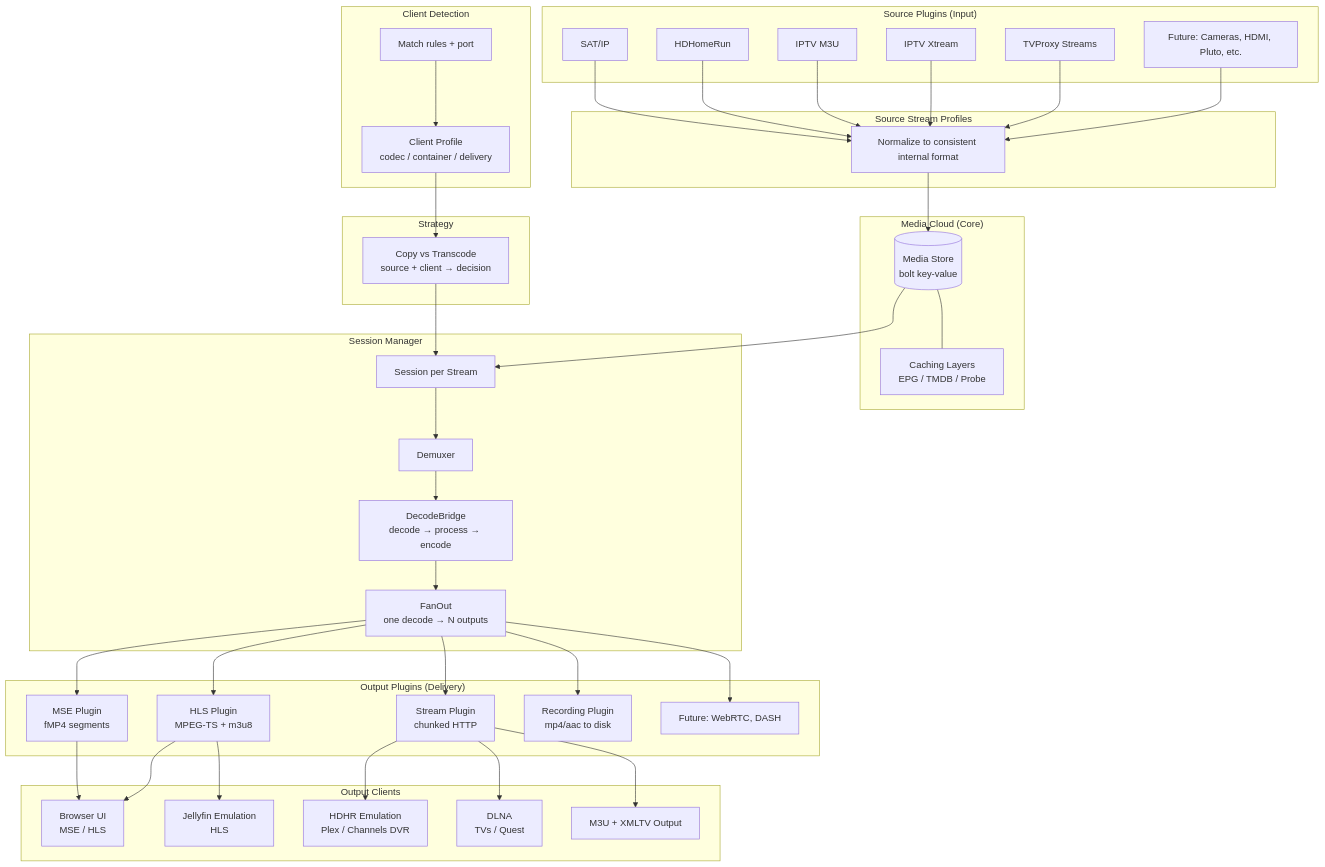
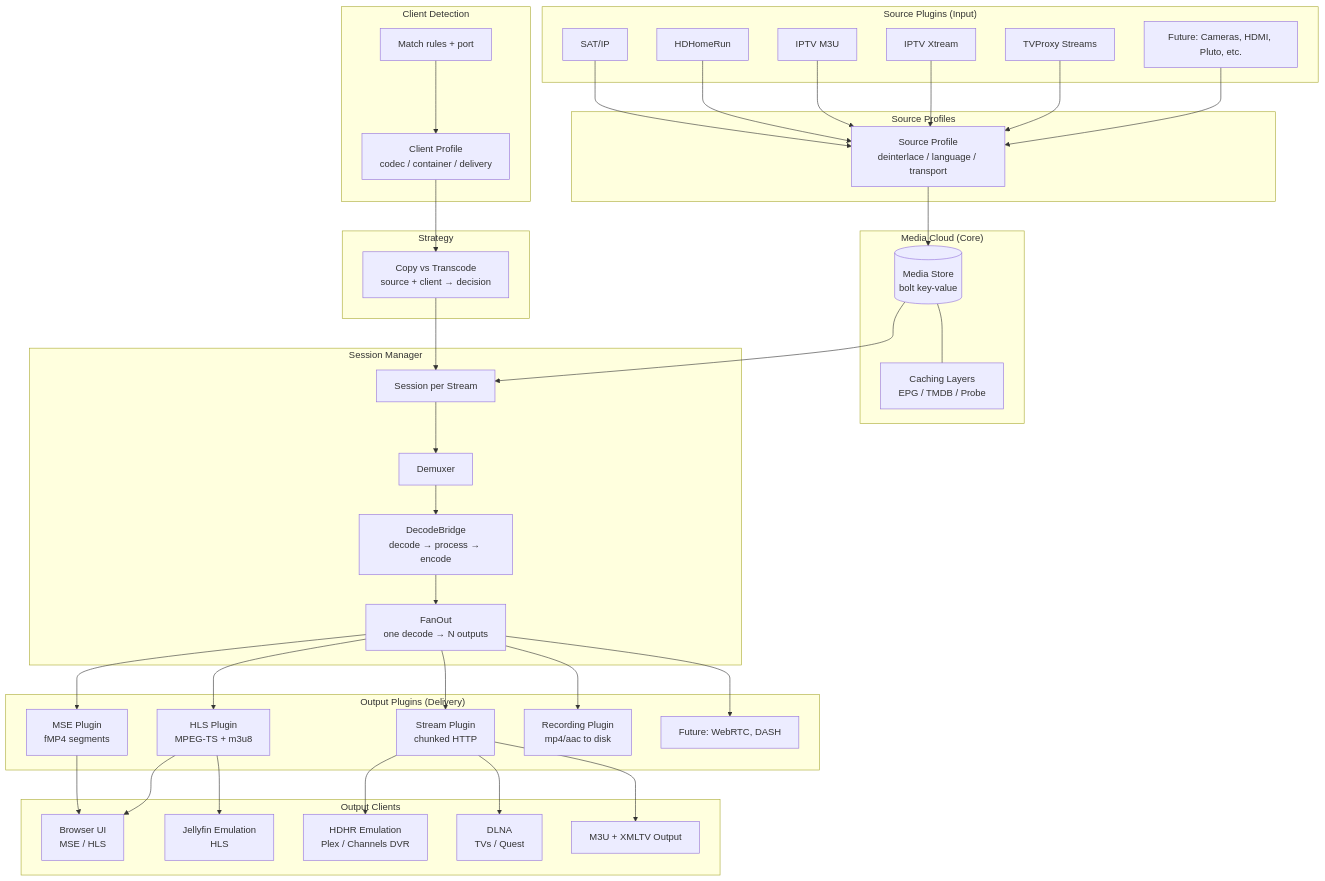
One commit to mcnairstudios/mediahub changed the first of 4 diagrams in README.md. Above: the diagram before and after it, drawn with Mermaid. The commit also changed other lines of this file and 11 other files, not shown here.

First line of the commit message:
Fix audio strategy, source profile UI, frontend polish

````diff
--- a/README.md
+++ b/README.md
@@ -9,82 +9,82 @@
 ```mermaid
 graph TB
     subgraph "Source Plugins (Input)"
         SATIP[SAT/IP]
         HDHR[HDHomeRun]
         M3U[IPTV M3U]
         XTREAM[IPTV Xtream]
         TVPS[TVProxy Streams]
         FUTURE_IN[Future: Cameras, HDMI, Pluto, etc.]
     end
 
-    subgraph "Source Stream Profiles"
-        SSP[Normalize to consistent internal format]
+    subgraph "Source Profiles"
+        SSP[Source Profile<br/>deinterlace / language / transport]
     end
 
     SATIP --> SSP
     HDHR --> SSP
     M3U --> SSP
     XTREAM --> SSP
     TVPS --> SSP
     FUTURE_IN --> SSP
 
     subgraph "Media Cloud (Core)"
         STORE[(Media Store<br/>bolt key-value)]
         CACHE[Caching Layers<br/>EPG / TMDB / Probe]
         STORE --- CACHE
     end
 
     SSP --> STORE
 
     subgraph "Session Manager"
         SM[Session per Stream]
         DEMUX[Demuxer]
         BRIDGE[DecodeBridge<br/>decode → process → encode]
         FANOUT[FanOut<br/>one decode → N outputs]
         SM --> DEMUX --> BRIDGE --> FANOUT
     end
 
     STORE --> SM
 
     subgraph "Output Plugins (Delivery)"
         MSE[MSE Plugin<br/>fMP4 segments]
         HLS[HLS Plugin<br/>MPEG-TS + m3u8]
         STREAM[Stream Plugin<br/>chunked HTTP]
         RECORD[Recording Plugin<br/>mp4/aac to disk]
         FUTURE_OUT[Future: WebRTC, DASH]
     end
 
     FANOUT --> MSE
     FANOUT --> HLS
     FANOUT --> STREAM
     FANOUT --> RECORD
     FANOUT --> FUTURE_OUT
 
     subgraph "Client Detection"
         CD[Match rules + port]
         CP[Client Profile<br/>codec / container / delivery]
         CD --> CP
     end
 
     subgraph "Strategy"
         STRAT[Copy vs Transcode<br/>source + client → decision]
     end
 
     CP --> STRAT
     STRAT --> SM
 
     subgraph "Output Clients"
         BROWSER[Browser UI<br/>MSE / HLS]
         JELLYFIN[Jellyfin Emulation<br/>HLS]
         HDHR_OUT[HDHR Emulation<br/>Plex / Channels DVR]
         DLNA[DLNA<br/>TVs / Quest]
         M3U_OUT[M3U + XMLTV Output]
     end
 
     MSE --> BROWSER
     HLS --> JELLYFIN
     HLS --> BROWSER
     STREAM --> HDHR_OUT
     STREAM --> DLNA
     STREAM --> M3U_OUT
 ```
````
